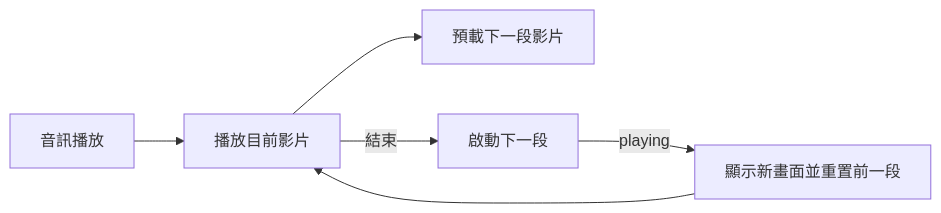
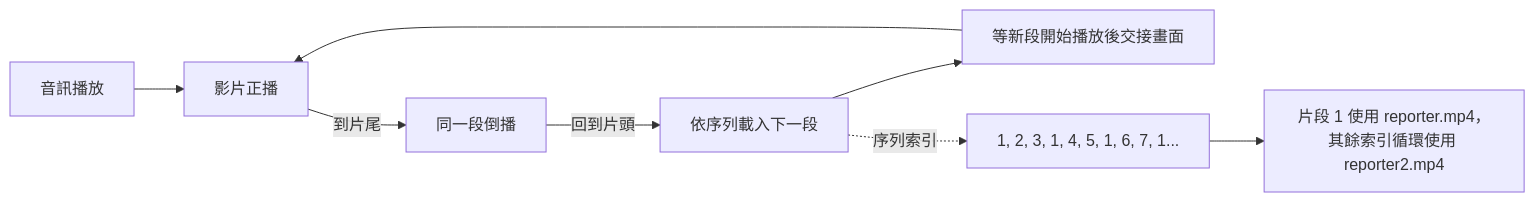
One commit to Vinskao/ty-multiverse changed the third of 3 diagrams in docs/LEARNING_CATALOG.md. Above: the diagram before and after it, drawn with Mermaid. The commit also changed 2 other files, not shown here.

Commit message:
feat(learn): sequence presenter clips with recurring opener

````diff
--- a/docs/LEARNING_CATALOG.md
+++ b/docs/LEARNING_CATALOG.md
@@ -64,8 +64,10 @@
 ```mermaid
 flowchart LR
-  A[音訊播放] --> B[播放目前影片]
-  B --> C[預載下一段影片]
-  B -->|結束| D[啟動下一段]
-  D -->|playing| E[顯示新畫面並重置前一段]
+  A[音訊播放] --> B[影片正播]
+  B -->|到片尾| C[同一段倒播]
+  C -->|回到片頭| D[依序列載入下一段]
+  D --> E[等新段開始播放後交接畫面]
   E --> B
+  D -. 序列索引 .-> F[1, 2, 3, 1, 4, 5, 1, 6, 7, 1...]
+  F --> G[片段 1 使用 reporter.mp4，其餘索引循環使用 reporter2.mp4]
 ```
````
